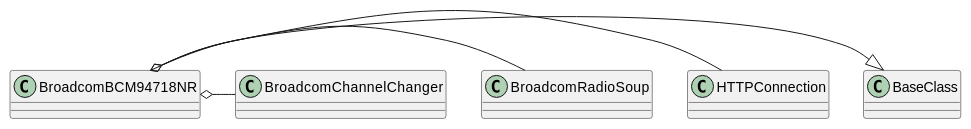
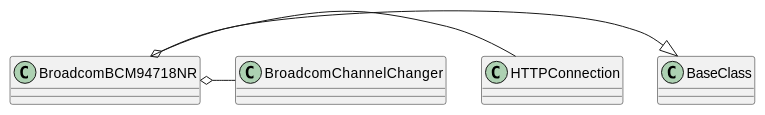
One commit to russell-n/apcommand changed the third of 7 diagrams in apcommand/accesspoints/broadcom/broadcom.rst. Above: the diagram before and after it, drawn with PlantUML. The commit also changed other lines of this file and 13 other files, not shown here.

```diff
--- a/apcommand/accesspoints/broadcom/broadcom.rst
+++ b/apcommand/accesspoints/broadcom/broadcom.rst
@@ -33,6 +33,5 @@
 .. uml::
 
    BroadcomBCM94718NR -|> BaseClass
    BroadcomBCM94718NR o- HTTPConnection
-   BroadcomBCM94718NR o- BroadcomRadioSoup
    BroadcomBCM94718NR o- BroadcomChannelChanger
```
